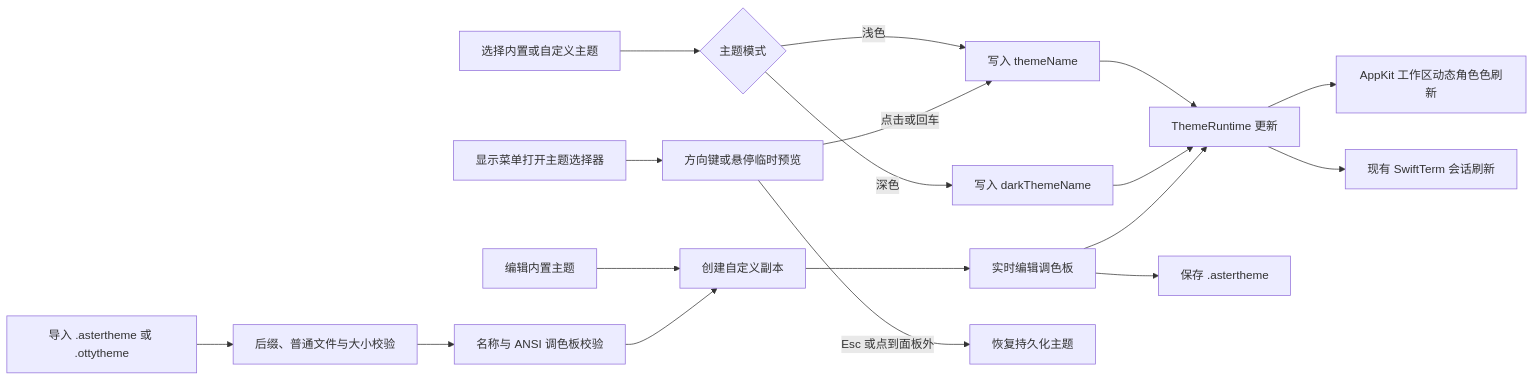
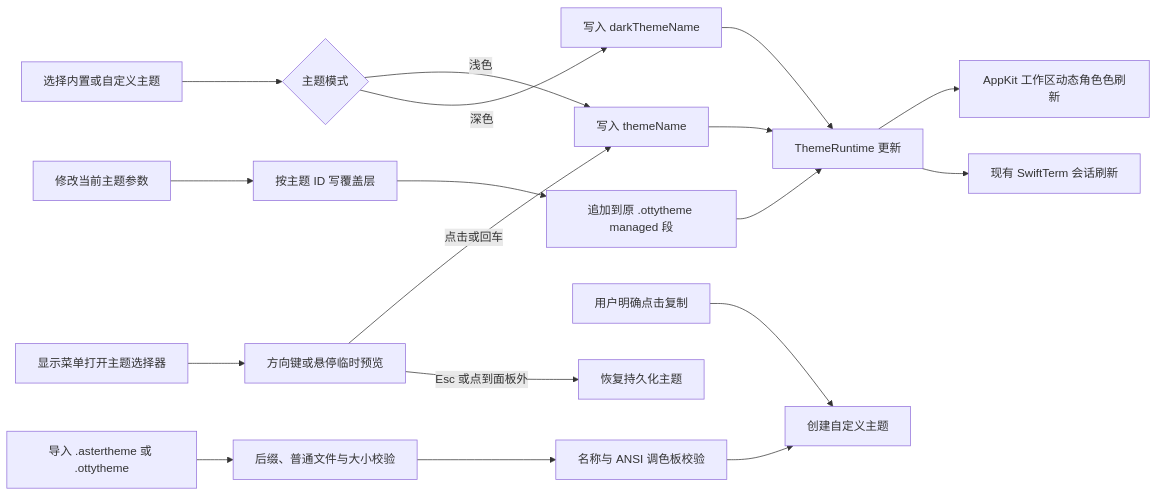
The diagram in docs/developer/theme-system.md (rambocode/aster), drawn with Mermaid before and after one commit. The commit also changed other lines of this file and 9 other files, not shown here.

````diff
--- a/docs/developer/theme-system.md
+++ b/docs/developer/theme-system.md
@@ -42,20 +42,20 @@
 ```mermaid
 flowchart LR
   A[选择内置或自定义主题] --> B{主题模式}
   B -->|浅色| C[写入 themeName]
   B -->|深色| D[写入 darkThemeName]
   C --> E[ThemeRuntime 更新]
   D --> E
   E --> F[AppKit 工作区动态角色色刷新]
   E --> G[现有 SwiftTerm 会话刷新]
-  H[编辑内置主题] --> I[创建自定义副本]
-  I --> J[实时编辑调色板]
+  H[修改当前主题参数] --> I[按主题 ID 写覆盖层]
+  I --> J[追加到原 .ottytheme managed 段]
   J --> E
-  J --> K[保存 .astertheme]
-  L[导入 .astertheme 或 .ottytheme] --> M[后缀、普通文件与大小校验]
-  M --> N[名称与 ANSI 调色板校验]
-  N --> I
-  O[显示菜单打开主题选择器] --> P[方向键或悬停临时预览]
-  P -->|点击或回车| C
-  P -->|Esc 或点到面板外| Q[恢复持久化主题]
+  K[用户明确点击复制] --> L[创建自定义主题]
+  M[导入 .astertheme 或 .ottytheme] --> N[后缀、普通文件与大小校验]
+  N --> O[名称与 ANSI 调色板校验]
+  O --> L
+  P[显示菜单打开主题选择器] --> Q[方向键或悬停临时预览]
+  Q -->|点击或回车| C
+  Q -->|Esc 或点到面板外| R[恢复持久化主题]
 ```
````
